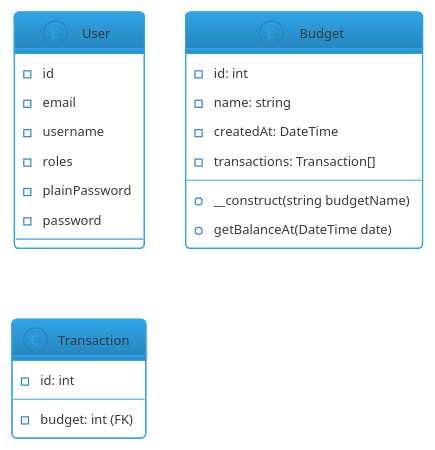
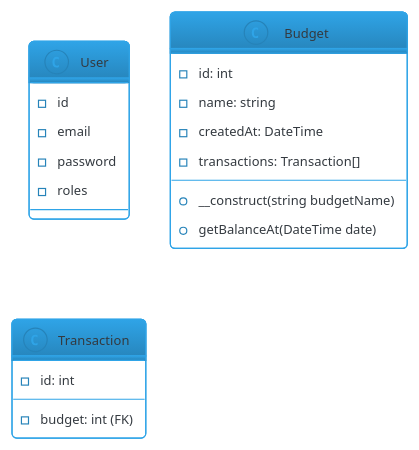
The diagram in docs/classes/general-classes-diagram.puml (hello-devs/budget-manager-api), drawn with PlantUML before and after one commit. The commit also changed 2 other files, not shown here.

```diff
--- a/docs/classes/general-classes-diagram.puml
+++ b/docs/classes/general-classes-diagram.puml
@@ -1,34 +1,32 @@
 @startuml
 'https://plantuml.com/class-diagram
 !theme cerulean-outline
 skinparam backgroundColor white
 '----------------------------------------------
 
 class User{
         -id
-     -email
-     -username
-     -roles
-     -plainPassword
-     -password
+        -email
+        -password
+        -roles
 }
 
 class Budget {
 
     - id: int
     - name: string
     - createdAt: DateTime
     - transactions: Transaction[]
 
     + __construct(string budgetName)
     + getBalanceAt(DateTime date)
 
 }
 
 class Transaction {
 
     - id: int
     - budget: int (FK)
 }
 
 @enduml
```
